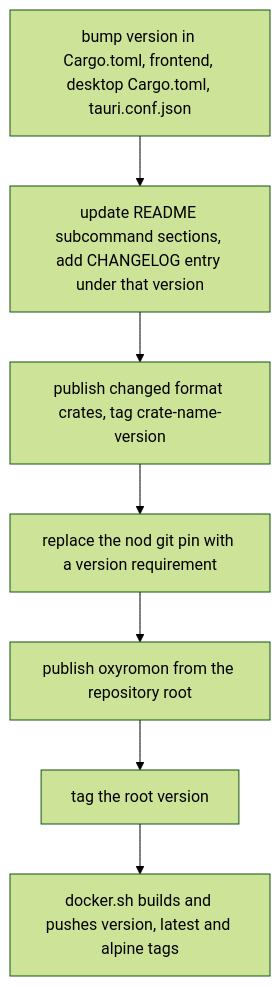
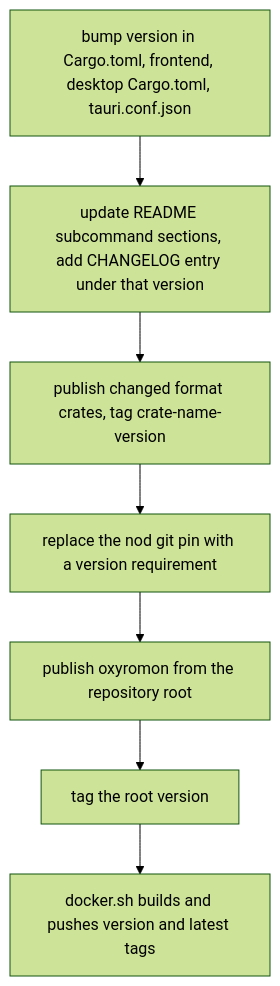
The second of 2 diagrams in openwiki/operations/build-and-release.md (alucryd/oxyromon), drawn with Mermaid (forest theme) before and after one commit. The commit also changed other lines of this file and 108 other files, not shown here.

````diff
--- a/openwiki/operations/build-and-release.md
+++ b/openwiki/operations/build-and-release.md
@@ -285,9 +285,9 @@
 ```mermaid
 flowchart TD
   V["bump version in Cargo.toml, frontend, desktop Cargo.toml, tauri.conf.json"] --> DOC["update README subcommand sections, add CHANGELOG entry under that version"]
   DOC --> FC["publish changed format crates, tag crate-name-version"]
   FC --> PIN["replace the nod git pin with a version requirement"]
   PIN --> PUB["publish oxyromon from the repository root"]
   PUB --> TAG["tag the root version"]
-  TAG --> IMG["docker.sh builds and pushes version, latest and alpine tags"]
+  TAG --> IMG["docker.sh builds and pushes version and latest tags"]
 ```
````
